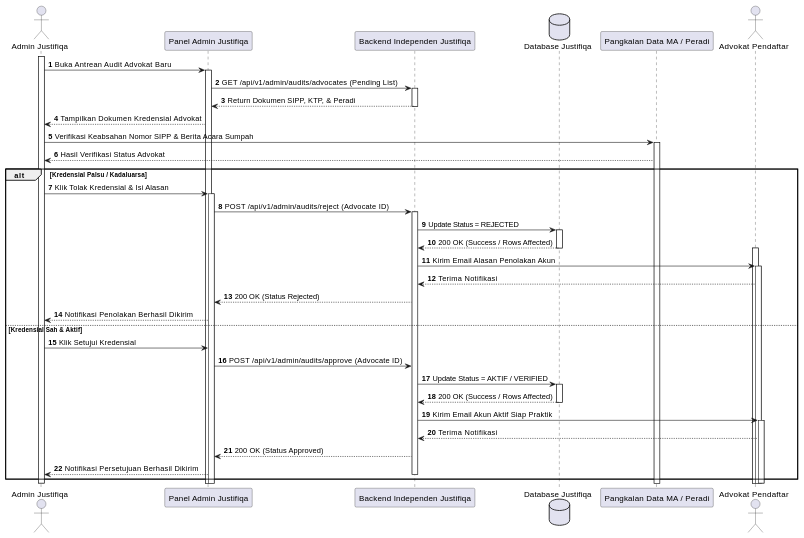
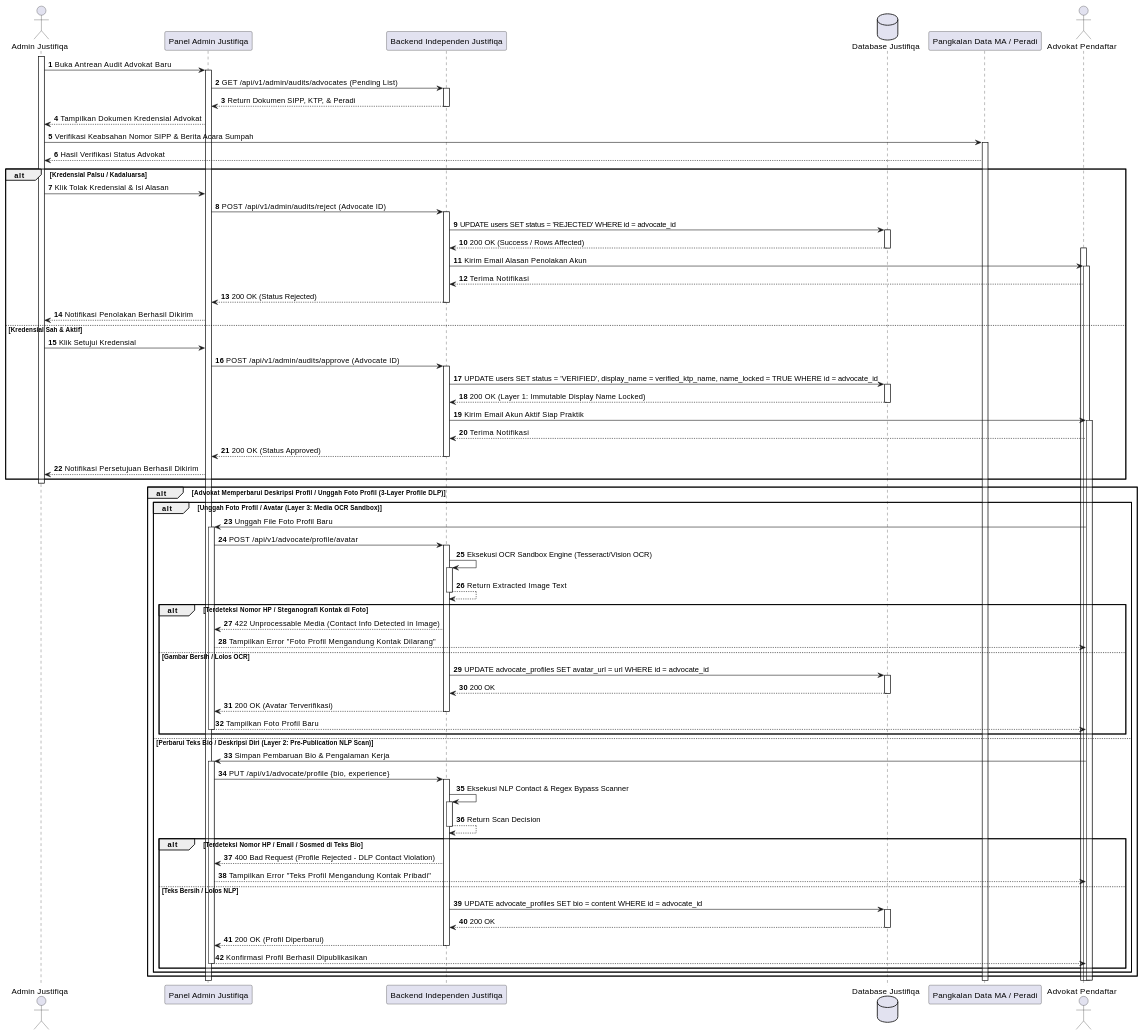
One commit to tupperwureism/SuperApp-Gagal changed the ninth of 28 diagrams in MarkDown/plantuml_sequence_diagrams.md. Above: the diagram before and after it, drawn with PlantUML. The commit also changed other lines of this file and 1 other file, not shown here.

Commit message:
docs(uml): integrate Asynchronous Deliverable Thread, 3-Layer Profile/Media DLP, and Behavioral Fraud/Reputational Death into AD/SD J-03, J-06, J-09, and J-10

````diff
--- a/MarkDown/plantuml_sequence_diagrams.md
+++ b/MarkDown/plantuml_sequence_diagrams.md
@@ -698,43 +714,76 @@
 ```plantuml
 @startuml
 autonumber
 actor "Admin Justifiqa" as Admin
 participant "Panel Admin Justifiqa" as FE
 participant "Backend Independen Justifiqa" as BE
 database "Database Justifiqa" as DB
 participant "Pangkalan Data MA / Peradi" as Peradi
 actor "Advokat Pendaftar" as Mitra
 
 activate Admin
 Admin -> FE ++ : Buka Antrean Audit Advokat Baru
 FE -> BE ++ : GET /api/v1/admin/audits/advocates (Pending List)
 BE --> FE -- : Return Dokumen SIPP, KTP, & Peradi
 FE --> Admin : Tampilkan Dokumen Kredensial Advokat
 Admin -> Peradi ++ : Verifikasi Keabsahan Nomor SIPP & Berita Acara Sumpah
 Peradi --> Admin : Hasil Verifikasi Status Advokat
 
 alt Kredensial Palsu / Kadaluarsa
-    Admin -> FE ++ : Klik Tolak Kredensial & Isi Alasan
+    Admin -> FE : Klik Tolak Kredensial & Isi Alasan
     FE -> BE ++ : POST /api/v1/admin/audits/reject (Advocate ID)
-    BE -> DB ++ : Update Status = REJECTED
+    BE -> DB ++ : UPDATE users SET status = 'REJECTED' WHERE id = advocate_id
     DB --> BE -- : 200 OK (Success / Rows Affected)
 activate Mitra
     BE -> Mitra ++ : Kirim Email Alasan Penolakan Akun
     Mitra --> BE : Terima Notifikasi
-    BE --> FE : 200 OK (Status Rejected)
+    BE --> FE -- : 200 OK (Status Rejected)
     FE --> Admin : Notifikasi Penolakan Berhasil Dikirim
 else Kredensial Sah & Aktif
     Admin -> FE : Klik Setujui Kredensial
-    FE -> BE : POST /api/v1/admin/audits/approve (Advocate ID)
-    BE -> DB ++ : Update Status = AKTIF / VERIFIED
-    DB --> BE -- : 200 OK (Success / Rows Affected)
+    FE -> BE ++ : POST /api/v1/admin/audits/approve (Advocate ID)
+    BE -> DB ++ : UPDATE users SET status = 'VERIFIED', display_name = verified_ktp_name, name_locked = TRUE WHERE id = advocate_id
+    DB --> BE -- : 200 OK (Layer 1: Immutable Display Name Locked)
     BE -> Mitra ++ : Kirim Email Akun Aktif Siap Praktik
     Mitra --> BE : Terima Notifikasi
-    BE --> FE : 200 OK (Status Approved)
+    BE --> FE -- : 200 OK (Status Approved)
     FE --> Admin : Notifikasi Persetujuan Berhasil Dikirim
-    deactivate BE
 end
 deactivate Admin
+
+alt Advokat Memperbarui Deskripsi Profil / Unggah Foto Profil (3-Layer Profile DLP)
+    alt Unggah Foto Profil / Avatar (Layer 3: Media OCR Sandbox)
+        Mitra -> FE ++ : Unggah File Foto Profil Baru
+        FE -> BE ++ : POST /api/v1/advocate/profile/avatar
+        BE -> BE ++ : Eksekusi OCR Sandbox Engine (Tesseract/Vision OCR)
+        BE --> BE -- : Return Extracted Image Text
+        alt Terdeteksi Nomor HP / Steganografi Kontak di Foto
+            BE --> FE : 422 Unprocessable Media (Contact Info Detected in Image)
+            FE --> Mitra : Tampilkan Error "Foto Profil Mengandung Kontak Dilarang"
+        else Gambar Bersih / Lolos OCR
+            BE -> DB ++ : UPDATE advocate_profiles SET avatar_url = url WHERE id = advocate_id
+            DB --> BE -- : 200 OK
+            BE --> FE -- : 200 OK (Avatar Terverifikasi)
+            FE --> Mitra : Tampilkan Foto Profil Baru
+            deactivate FE
+        end
+    else Perbarui Teks Bio / Deskripsi Diri (Layer 2: Pre-Publication NLP Scan)
+        Mitra -> FE ++ : Simpan Pembaruan Bio & Pengalaman Kerja
+        FE -> BE ++ : PUT /api/v1/advocate/profile {bio, experience}
+        BE -> BE ++ : Eksekusi NLP Contact & Regex Bypass Scanner
+        BE --> BE -- : Return Scan Decision
+        alt Terdeteksi Nomor HP / Email / Sosmed di Teks Bio
+            BE --> FE : 400 Bad Request (Profile Rejected - DLP Contact Violation)
+            FE --> Mitra : Tampilkan Error "Teks Profil Mengandung Kontak Pribadi"
+        else Teks Bersih / Lolos NLP
+            BE -> DB ++ : UPDATE advocate_profiles SET bio = content WHERE id = advocate_id
+            DB --> BE -- : 200 OK
+            BE --> FE -- : 200 OK (Profil Diperbarui)
+            FE --> Mitra : Konfirmasi Profil Berhasil Dipublikasikan
+            deactivate FE
+        end
+    end
+end
 deactivate Mitra
 @enduml
 ```
````
